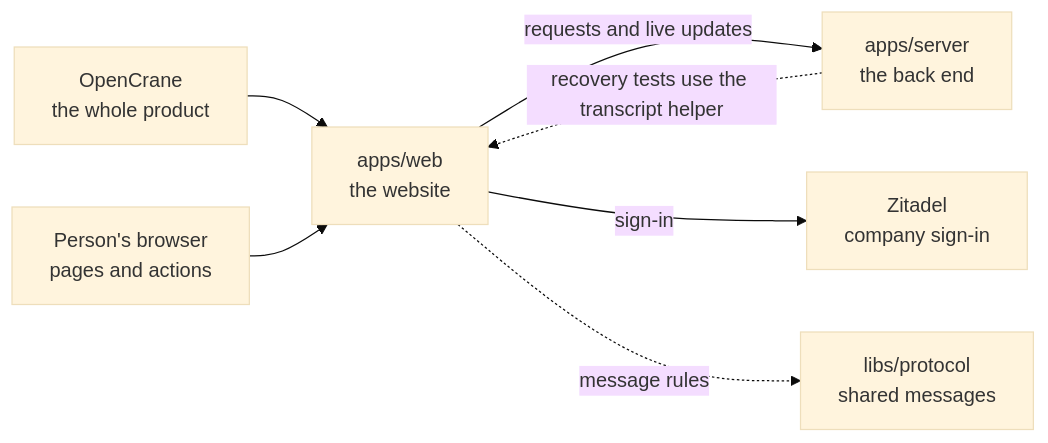
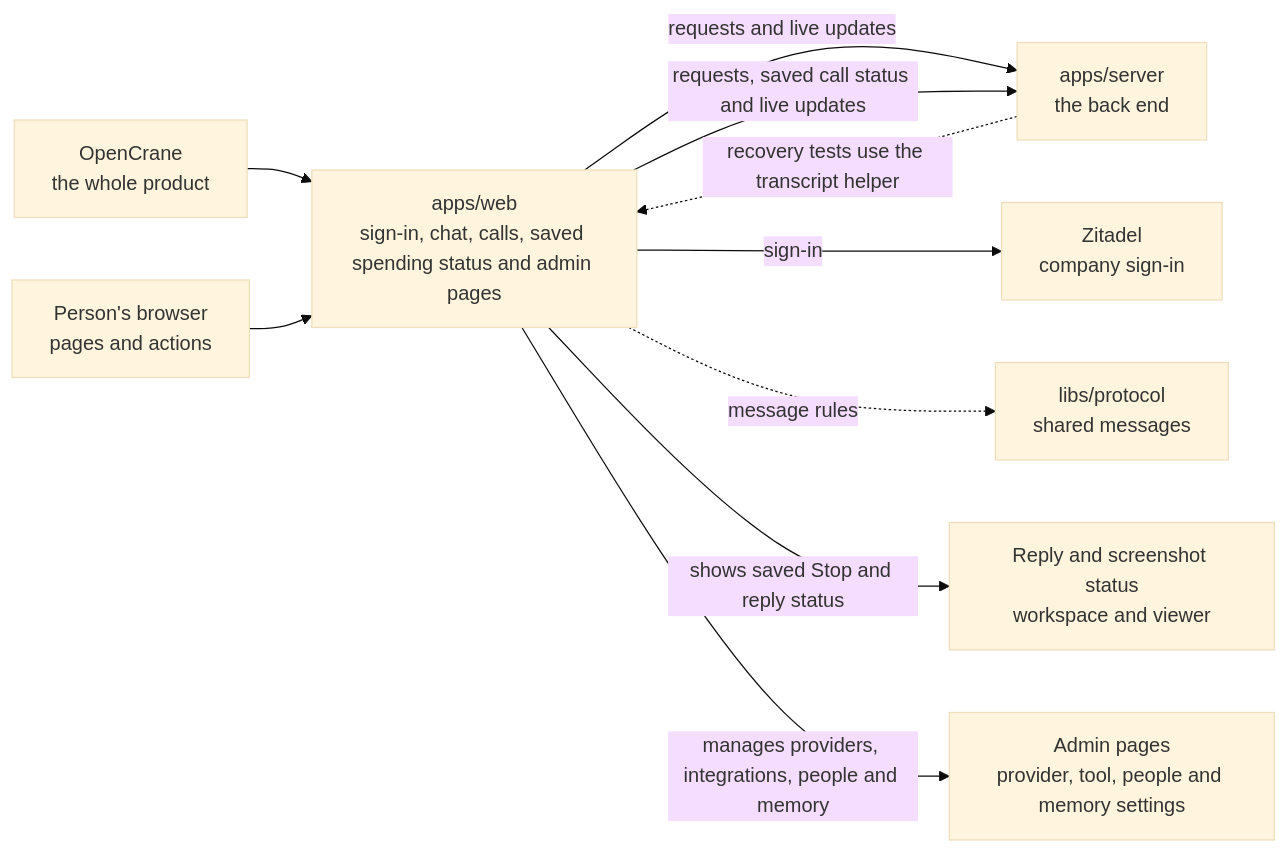
One commit to elewa-git/opencrane-new changed the diagram in apps/web/README.md. Above: the diagram before and after it, drawn with Mermaid (base theme). The commit also changed other lines of this file and 17 other files, not shown here.

Commit message:
💬 Show saved call status after spending stops

````diff
--- a/apps/web/README.md
+++ b/apps/web/README.md
@@ -16,9 +16,12 @@
 ```mermaid
 flowchart LR
   system["OpenCrane<br/>the whole product"] --> web["apps/web<br/>the website"]
   browser["Person's browser<br/>pages and actions"] --> web
   web -->|requests and live updates| server["apps/server<br/>the back end"]
   server -.->|recovery tests use the transcript helper| web
+  web["apps/web<br/>sign-in, chat, calls, saved spending status and admin pages"] -->|requests, saved call status and live updates| server["apps/server<br/>the back end"]
   web -->|sign-in| zitadel["Zitadel<br/>company sign-in"]
   web -.->|message rules| protocol["libs/protocol<br/>shared messages"]
+  web -->|shows saved Stop and reply status| capture["Reply and screenshot status<br/>workspace and viewer"]
+  web -->|manages providers, integrations, people and memory| admin["Admin pages<br/>provider, tool, people and memory settings"]
 ```
````
